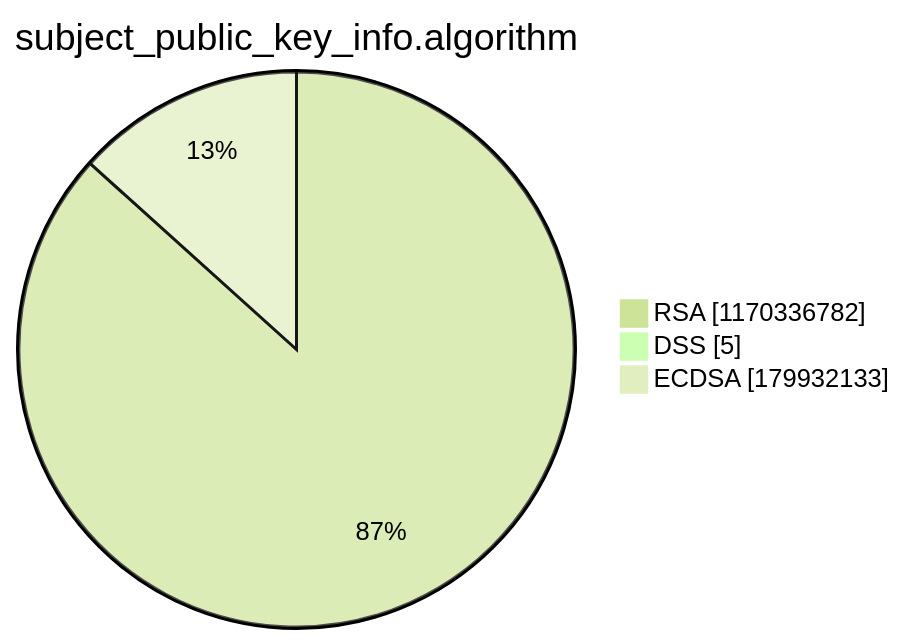
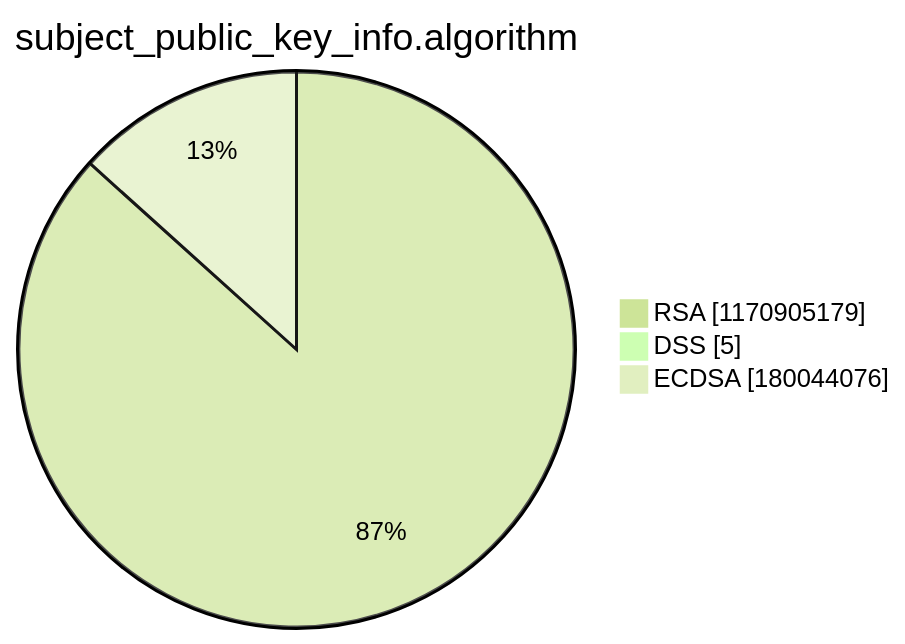
Before and after one commit to christiankrug/ctmonitor_visualization: the third of 15 diagrams in argon2022/README.md, drawn with Mermaid (forest theme). The commit also changed other lines of this file, not shown here.

````diff
--- a/argon2022/README.md
+++ b/argon2022/README.md
@@ -14,7 +14,7 @@
 ```mermaid
 pie showData
 title subject_public_key_info.algorithm
-"RSA" :1170336782
+"RSA" :1170905179
 "DSS" :5
-"ECDSA" :179932133
+"ECDSA" :180044076
 ```
````
